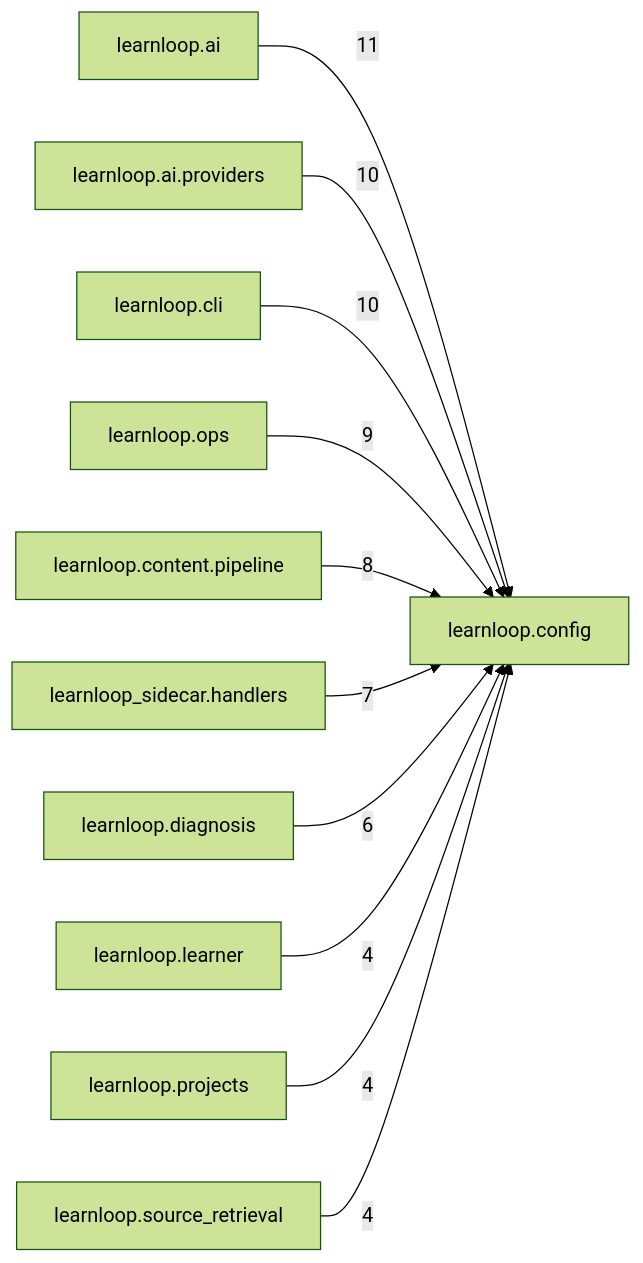
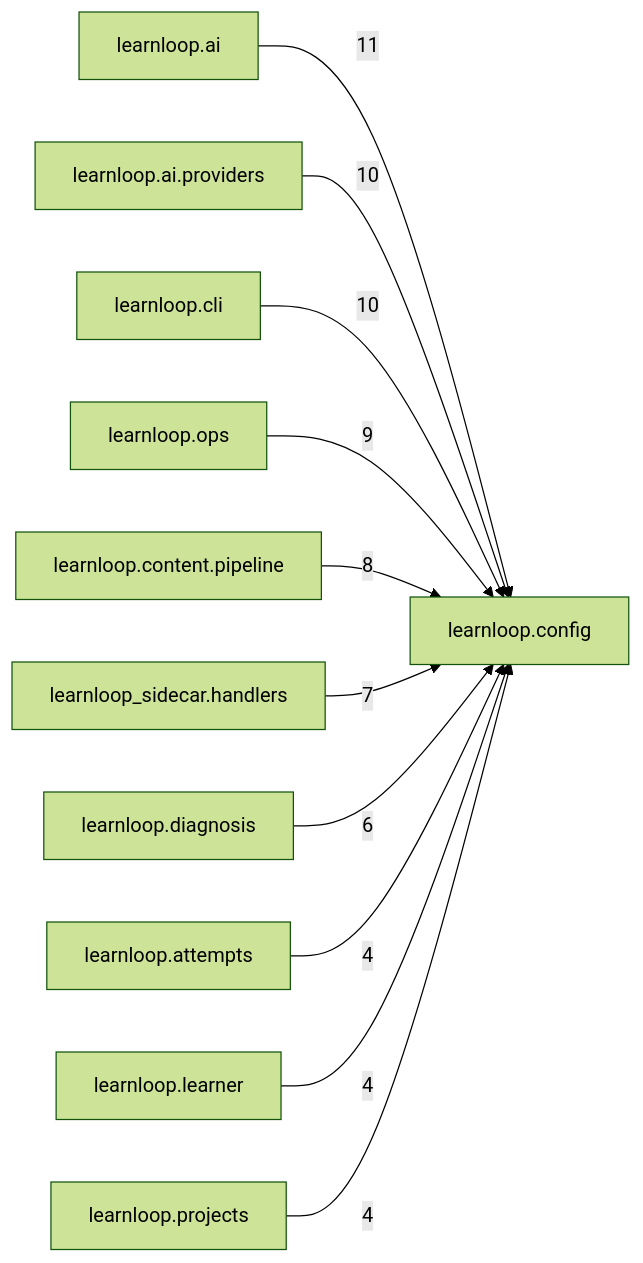
The diagram in docs/learnloop-architecture-vault/Reference/Modules/learnloop/config/_package.md (6up-b/learnanything), drawn with Mermaid (forest theme) before and after one commit. The commit also changed other lines of this file and 39 other files, not shown here.

````diff
--- a/docs/learnloop-architecture-vault/Reference/Modules/learnloop/config/_package.md
+++ b/docs/learnloop-architecture-vault/Reference/Modules/learnloop/config/_package.md
@@ -108,24 +108,24 @@
 ```mermaid
 flowchart LR
     center["learnloop.config"]
     n_learnloop_ai["learnloop.ai"]
     n_learnloop_ai_providers["learnloop.ai.providers"]
     n_learnloop_cli["learnloop.cli"]
     n_learnloop_ops["learnloop.ops"]
     n_learnloop_content_pipeline["learnloop.content.pipeline"]
     n_learnloop_sidecar_handlers["learnloop_sidecar.handlers"]
     n_learnloop_diagnosis["learnloop.diagnosis"]
+    n_learnloop_attempts["learnloop.attempts"]
     n_learnloop_learner["learnloop.learner"]
     n_learnloop_projects["learnloop.projects"]
-    n_learnloop_source_retrieval["learnloop.source_retrieval"]
     n_learnloop_ai -->|11| center
     n_learnloop_ai_providers -->|10| center
     n_learnloop_cli -->|10| center
     n_learnloop_ops -->|9| center
     n_learnloop_content_pipeline -->|8| center
     n_learnloop_sidecar_handlers -->|7| center
     n_learnloop_diagnosis -->|6| center
+    n_learnloop_attempts -->|4| center
     n_learnloop_learner -->|4| center
     n_learnloop_projects -->|4| center
-    n_learnloop_source_retrieval -->|4| center
 ```
````
